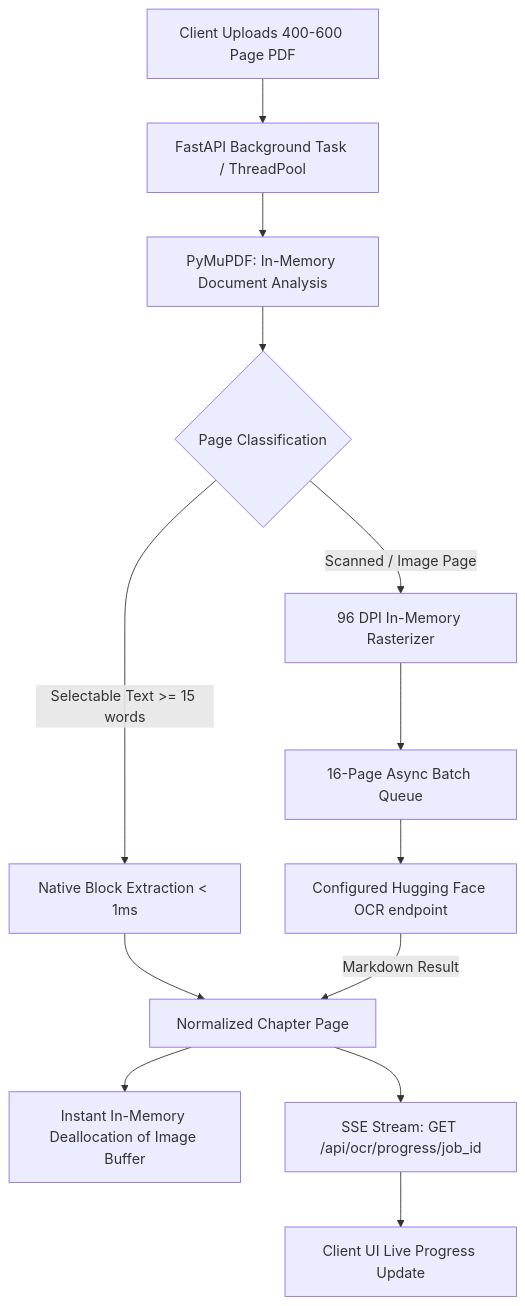
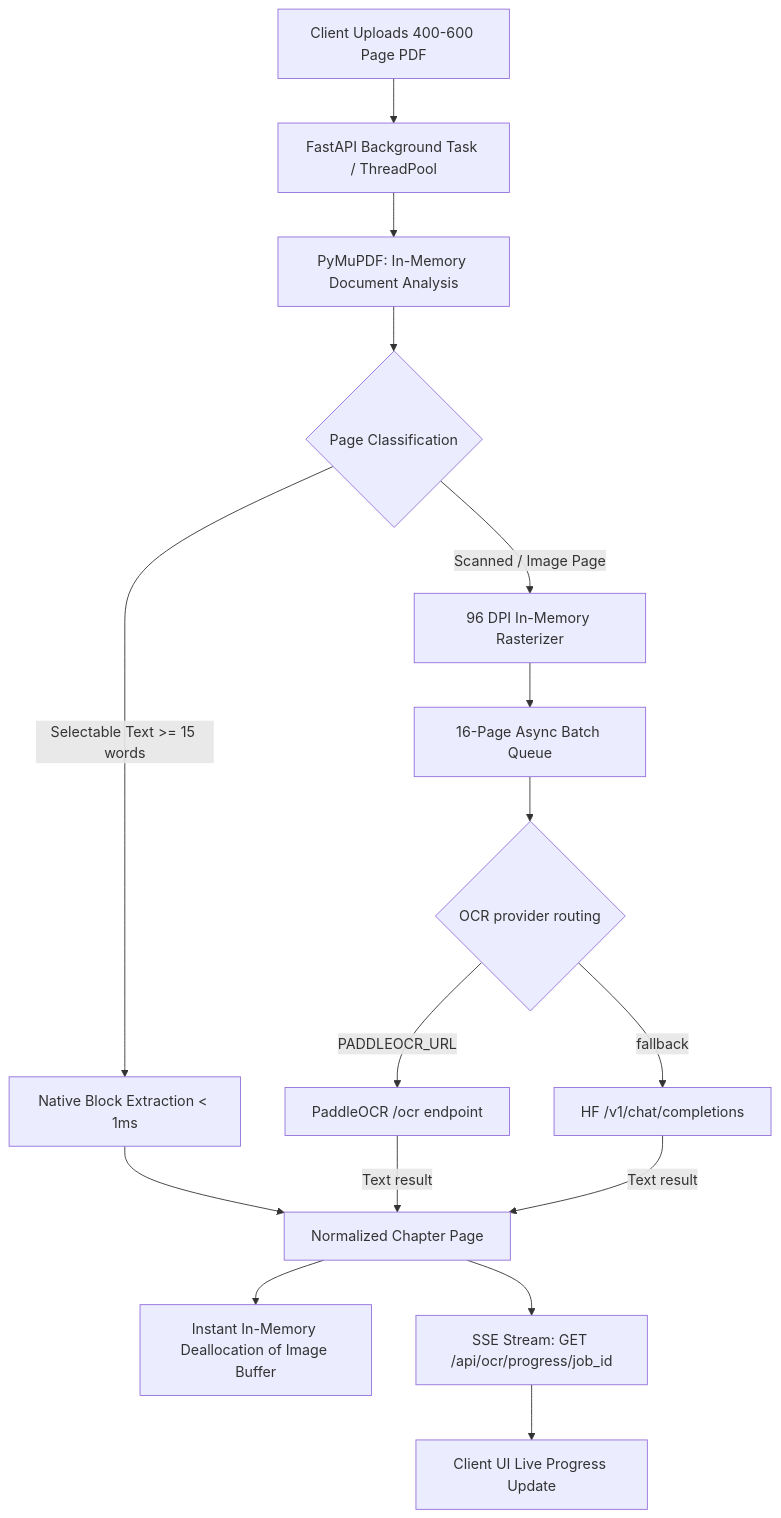
Before and after one commit to loucasty-cell/bookflow: the diagram in docs/backend-workflow.md, drawn with Mermaid. The commit also changed other lines of this file and 29 other files, not shown here.

First line of the commit message:
feat: route OCR through PaddleOCR and Qwen fallback

````diff
--- a/docs/backend-workflow.md
+++ b/docs/backend-workflow.md
@@ -57,15 +58,18 @@
 ```mermaid
 graph TD
     A[Client Uploads 400-600 Page PDF] --> B[FastAPI Background Task / ThreadPool]
     B --> C[PyMuPDF: In-Memory Document Analysis]
     C --> D{Page Classification}
     D -->|Selectable Text >= 15 words| E[Native Block Extraction < 1ms]
     D -->|Scanned / Image Page| F[96 DPI In-Memory Rasterizer]
     E --> G[Normalized Chapter Page]
     F --> H[16-Page Async Batch Queue]
-    H --> I[Configured Hugging Face OCR endpoint]
-    I -->|Markdown Result| G
+    H --> I{OCR provider routing}
+    I -->|PADDLEOCR_URL| P[PaddleOCR /ocr endpoint]
+    I -->|fallback| Q[HF /v1/chat/completions]
+    P -->|Text result| G
+    Q -->|Text result| G
     G --> J[Instant In-Memory Deallocation of Image Buffer]
     G --> K[SSE Stream: GET /api/ocr/progress/job_id]
     K --> L[Client UI Live Progress Update]
 ```
````
